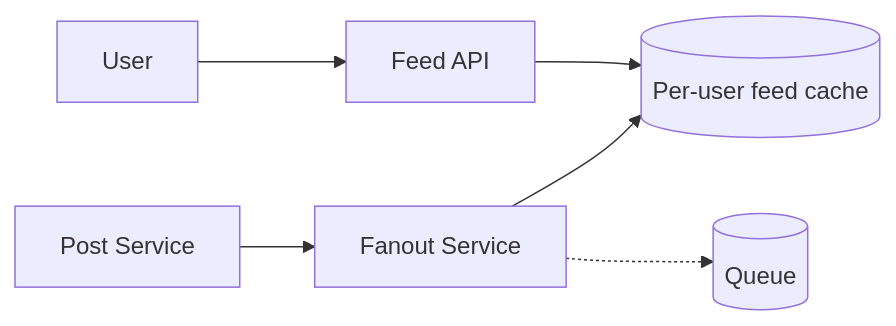
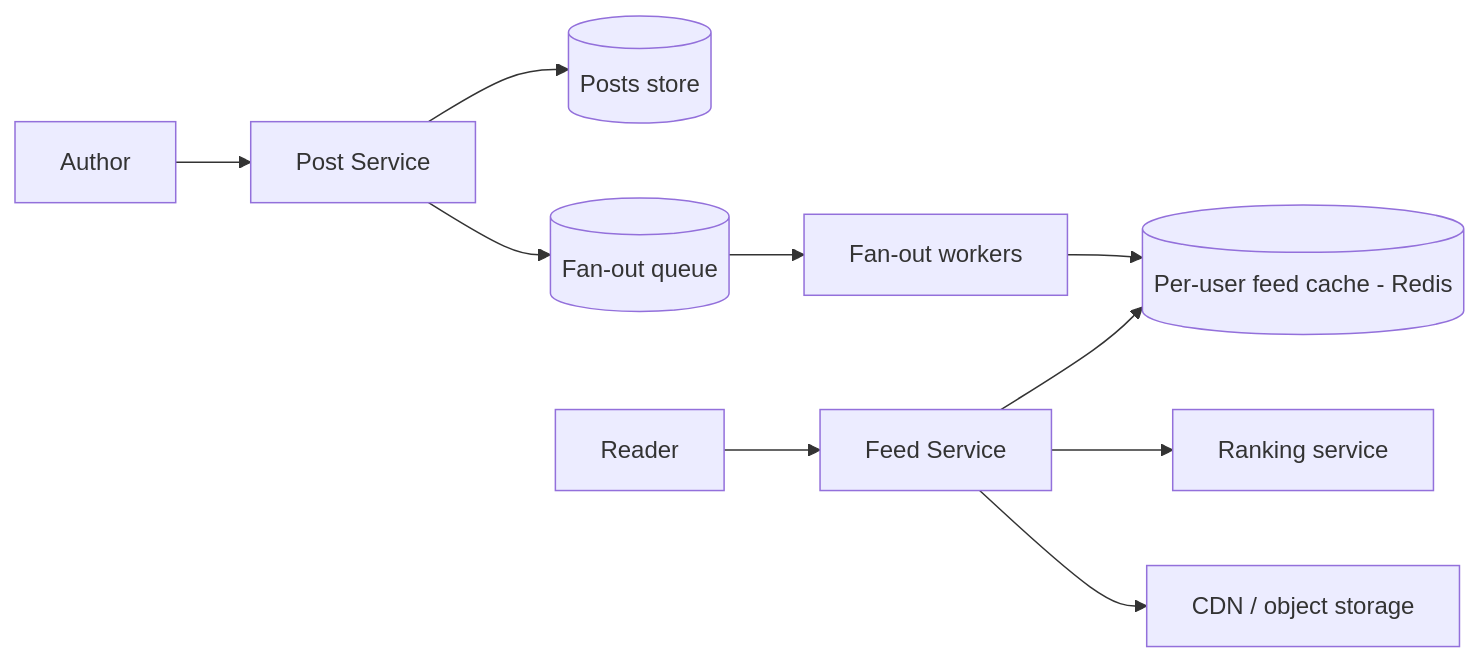
The first of 2 diagrams in system-design/2-case-studies/news-feed.md (hiepgithub2001/swedocs), drawn with Mermaid before and after one commit. The commit also changed other lines of this file and 12 other files, not shown here.

Commit message:
Expand all 13 case studies with deeper detail (clarifying Qs, estimation math, schemas, more deep dives & diagrams)

````diff
--- a/system-design/2-case-studies/news-feed.md
+++ b/system-design/2-case-studies/news-feed.md
@@ -21,7 +36,11 @@
 ```mermaid
 flowchart LR
-    P[Post Service] --> Fanout[Fanout Service]
-    Fanout --> Cache[(Per-user feed cache)]
-    User --> FeedAPI[Feed API] --> Cache
-    Fanout -.-> Q[(Queue)]
+    Author --> PostSvc[Post Service] --> PostDB[(Posts store)]
+    PostSvc --> FanoutQ[(Fan-out queue)]
+    FanoutQ --> Fanout[Fan-out workers]
+    Fanout --> FeedCache[(Per-user feed cache - Redis)]
+    Reader --> FeedSvc[Feed Service]
+    FeedSvc --> FeedCache
+    FeedSvc --> Rank[Ranking service]
+    FeedSvc --> Media[CDN / object storage]
 ```
````
